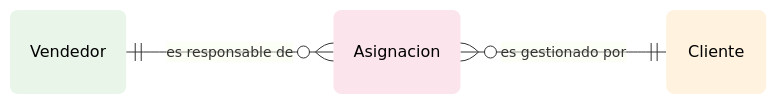
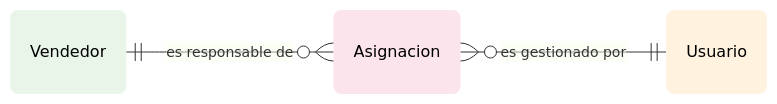
One commit to retenai/public-documentation changed the diagram in docs/data-loading/settings/assignments/README.md. Above: the diagram before and after it, drawn with Mermaid. The commit also changed other lines of this file and 10 other files, not shown here.

First line of the commit message:
feat: unify client/user terminology in data-loading documentation

````diff
--- a/docs/data-loading/settings/assignments/README.md
+++ b/docs/data-loading/settings/assignments/README.md
@@ -7,26 +7,26 @@
 ```mermaid
 erDiagram
     direction LR
 
     %% Estilos personalizados para las entidades - bordes redondeados y solo relleno
     classDef sellerClass fill:#e8f5e8,stroke:none,color:#000,rx:8,ry:8
     classDef assignmentClass fill:#fce4ec,stroke:none,color:#000,rx:8,ry:8
-    classDef clientClass fill:#fff3e0,stroke:none,color:#000,rx:8,ry:8
+    classDef userClass fill:#fff3e0,stroke:none,color:#000,rx:8,ry:8
 
     Vendedor ||--o{ Asignacion : "es responsable de"
-    Asignacion }o--|| Cliente : "es gestionado por"
+    Asignacion }o--|| Usuario : "es gestionado por"
 
     Asignacion {
     }
 
     Vendedor {
     }
 
-    Cliente {
+    Usuario {
     }
 
     %% Aplicar estilos
     class Asignacion assignmentClass
     class Vendedor sellerClass
-    class Cliente clientClass
+    class Usuario userClass
 ```
````
